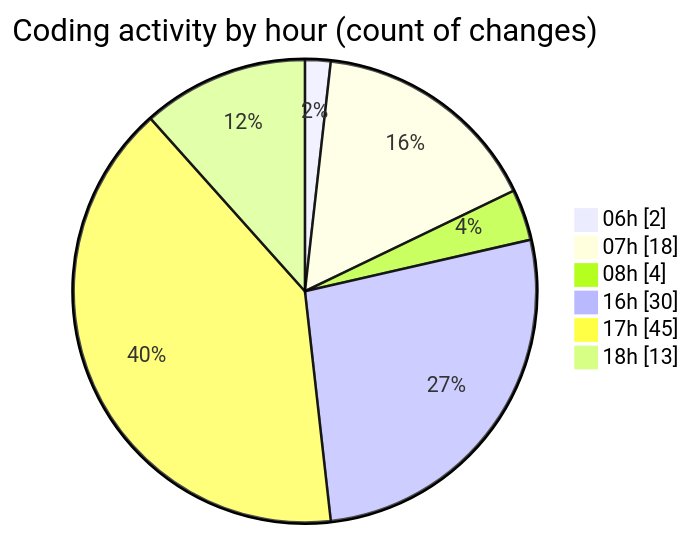
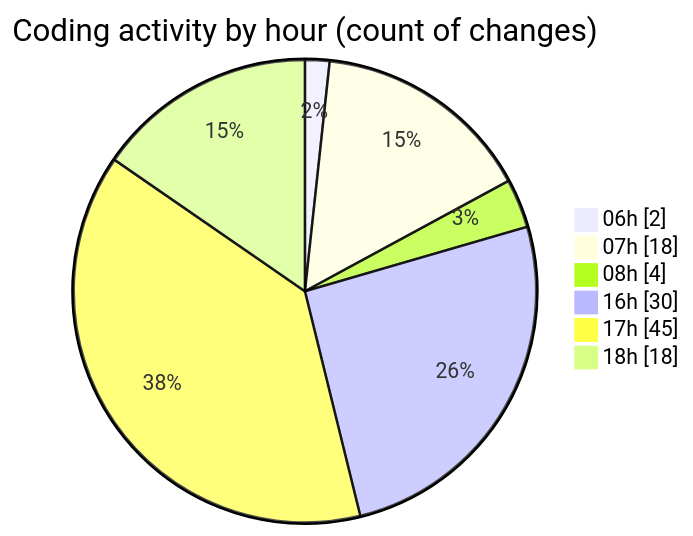
Before and after one commit to robertbonfada/code-tracking: the second of 2 diagrams in 2025-01-27/termonied-web/README.md, drawn with Mermaid. The commit also changed other lines of this file and 1 other file, not shown here.

````diff
--- a/2025-01-27/termonied-web/README.md
+++ b/2025-01-27/termonied-web/README.md
@@ -44,10 +44,10 @@
 ```mermaid
 pie showData
 title Coding activity by hour (count of changes)
 "06h" : 2
 "07h" : 18
 "08h" : 4
 "16h" : 30
 "17h" : 45
-"18h" : 13
+"18h" : 18
 ```
````
